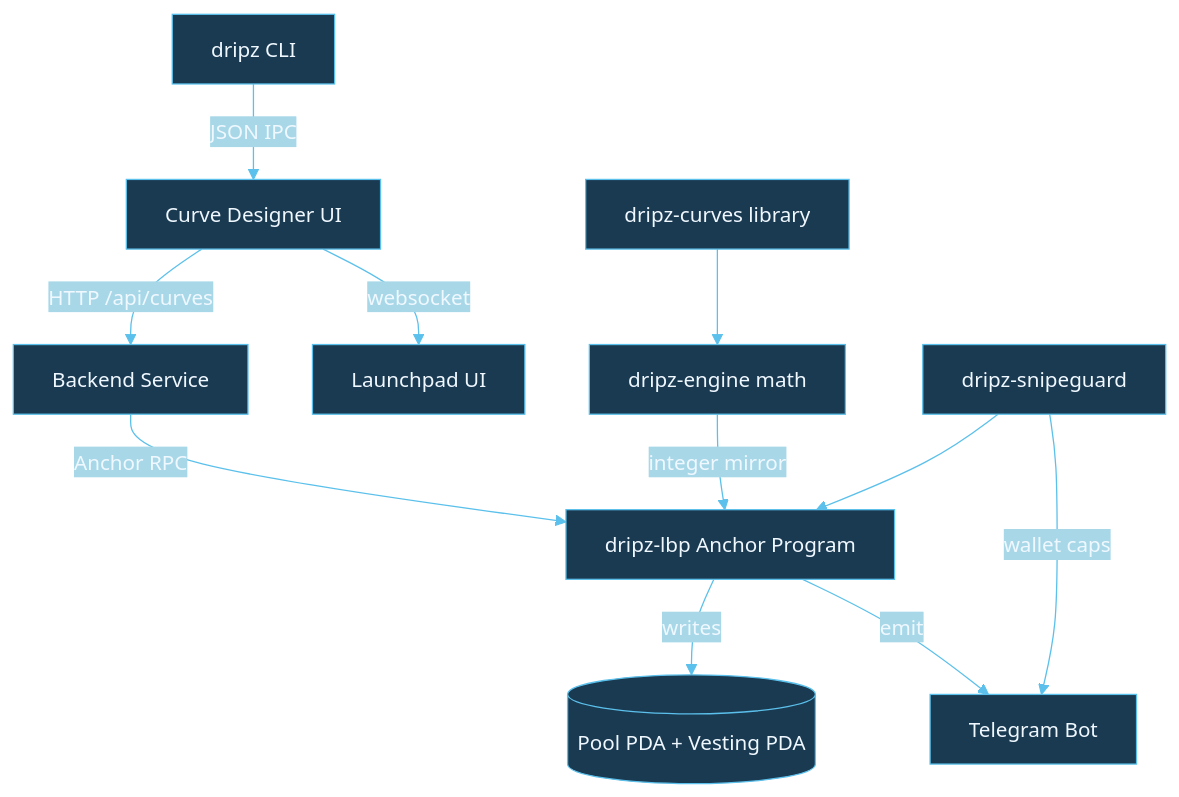
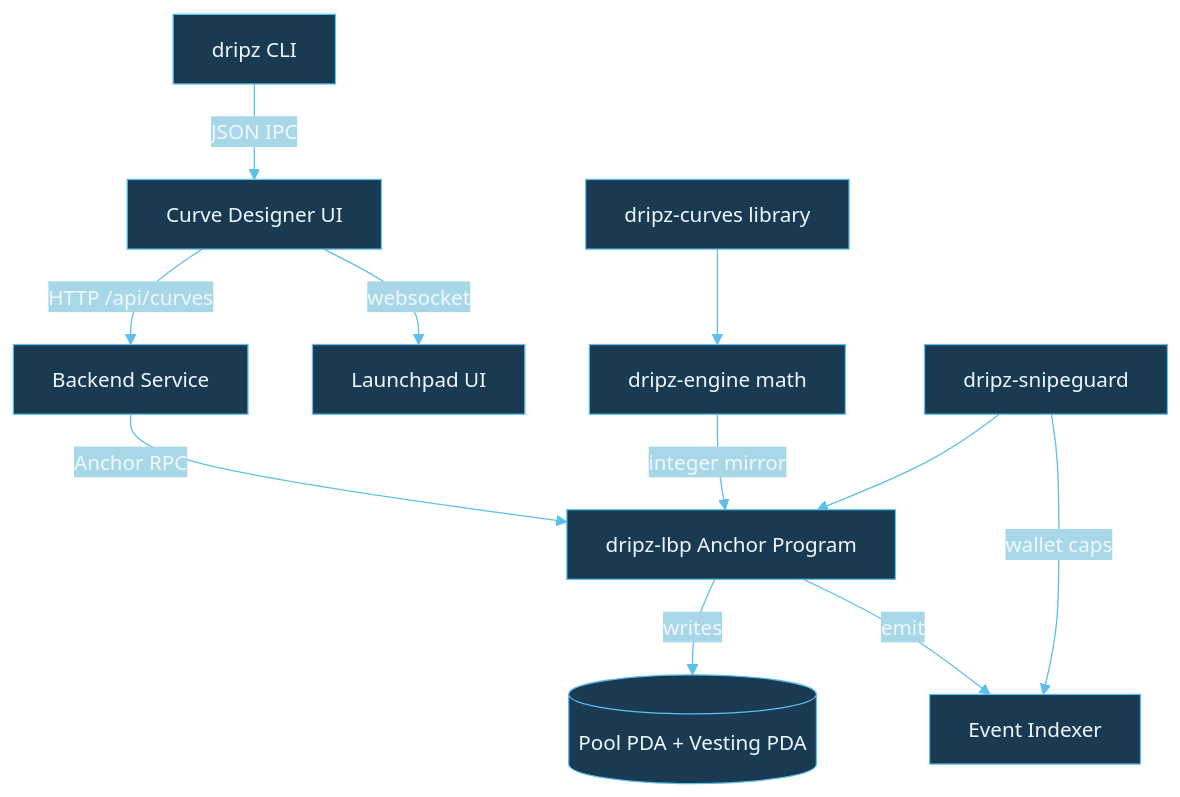
One commit to dripz-labs/dripz changed the diagram in docs/architecture.md. Above: the diagram before and after it, drawn with Mermaid. The commit also changed other lines of this file and 6 other files, not shown here.

Commit message:
Publish dripz-cli and @dripzfi/sdk on npm and align README and architecture diagrams with the production indexer (the bot mention was off-brand for an anti-snipe project)

````diff
--- a/docs/architecture.md
+++ b/docs/architecture.md
@@ -5,22 +5,22 @@
 ```mermaid
 %%{init: {'theme': 'base', 'themeVariables': {
   'primaryColor': '#1A3A52',
   'primaryTextColor': '#F0F8FF',
   'primaryBorderColor': '#5BC0EB',
   'lineColor': '#5BC0EB',
   'secondaryColor': '#A8D8E8',
   'tertiaryColor': '#D4AF37',
   'fontFamily': 'monospace'
 }}}%%
 graph TD
     Designer[Curve Designer UI] -->|HTTP /api/curves| Service[Backend Service]
     CLI[dripz CLI] -->|JSON IPC| Designer
     Designer -->|websocket| Launchpad[Launchpad UI]
     Service -->|Anchor RPC| Program[dripz-lbp Anchor Program]
     Program -->|writes| State[(Pool PDA + Vesting PDA)]
-    Program -->|emit| Bot[Telegram Bot]
+    Program -->|emit| Indexer[Event Indexer]
     Engine[dripz-engine math] -->|integer mirror| Program
     Curves[dripz-curves library] --> Engine
     Snipe[dripz-snipeguard] --> Program
-    Snipe -->|wallet caps| Bot
+    Snipe -->|wallet caps| Indexer
 ```
````
